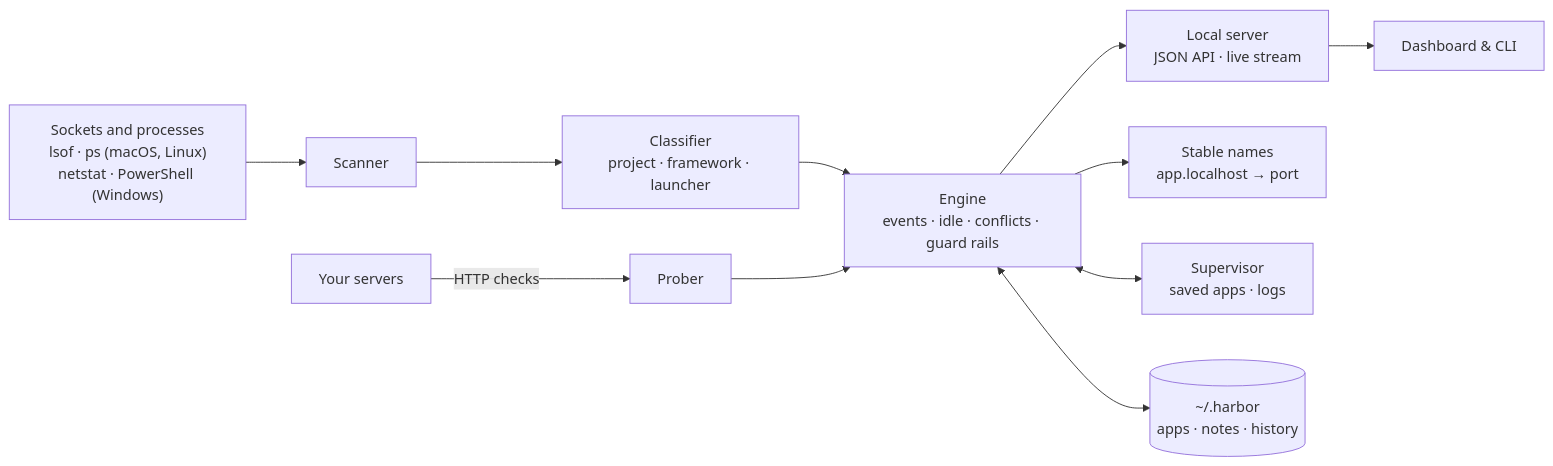
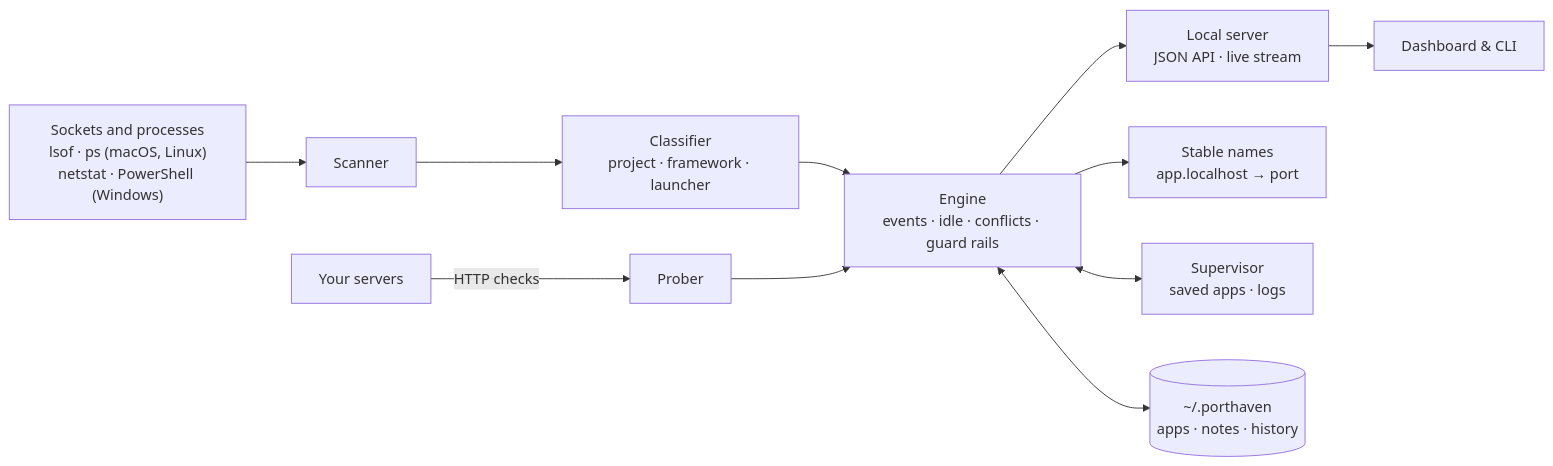
The diagram in README.md (KirtiJha/harbor), drawn with Mermaid before and after one commit. The commit also changed other lines of this file and 55 other files, not shown here.

First line of the commit message:
feat!: rename Harbor to Porthaven, with a new logo

````diff
--- a/README.md
+++ b/README.md
@@ -124,12 +124,12 @@
 ```mermaid
 flowchart LR
   OS["Sockets and processes<br/>lsof · ps (macOS, Linux)<br/>netstat · PowerShell (Windows)"] --> Scanner
   Scanner --> Classifier["Classifier<br/>project · framework · launcher"]
   Servers["Your servers"] -->|HTTP checks| Prober
   Classifier --> Engine
   Prober --> Engine["Engine<br/>events · idle · conflicts · guard rails"]
   Engine --> API["Local server<br/>JSON API · live stream"] --> UI["Dashboard & CLI"]
   Engine --> Proxy["Stable names<br/>app.localhost → port"]
   Engine <--> Supervisor["Supervisor<br/>saved apps · logs"]
-  Engine <--> Store[("~/.harbor<br/>apps · notes · history")]
+  Engine <--> Store[("~/.porthaven<br/>apps · notes · history")]
 ```
````
